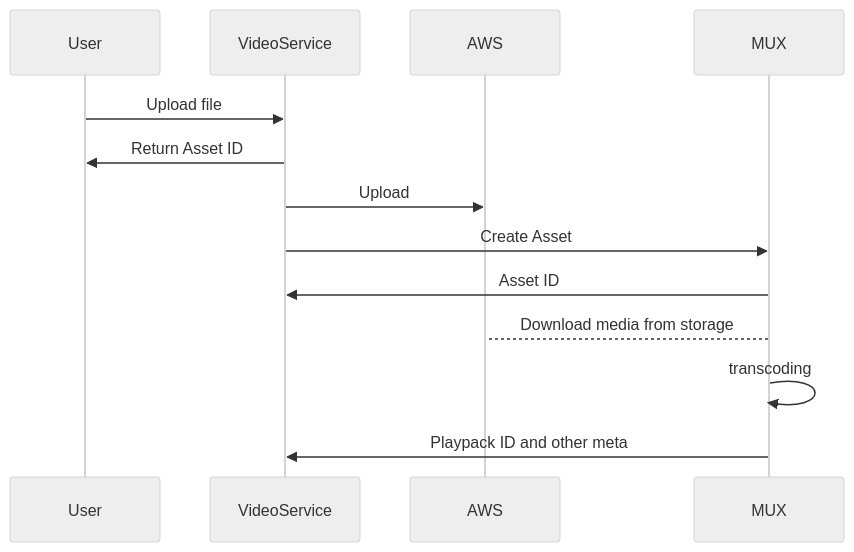
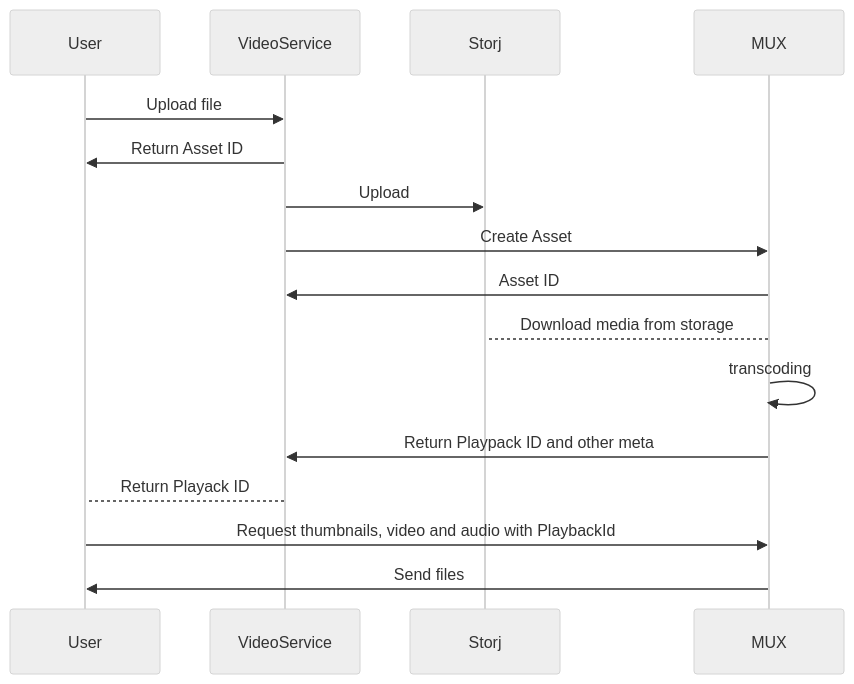
The diagram in diagram/upload-video.md (harmony-one/mux-uploader.backend), drawn with Mermaid (neutral theme) before and after one commit. The commit also changed other lines of this file, not shown here.

Commit message:
Update workflow diagram

````diff
--- a/diagram/upload-video.md
+++ b/diagram/upload-video.md
@@ -1,16 +1,19 @@
 ```mermaid
 sequenceDiagram
     participant User
     participant VideoService
-    participant AWS
+    participant Storj
     participant MUX
     User ->> VideoService: Upload file
     VideoService ->> User: Return Asset ID
-    VideoService ->> AWS: Upload
+    VideoService ->> Storj: Upload
     VideoService ->> MUX: Create Asset
     MUX ->> VideoService: Asset ID
     
-    MUX --> AWS: Download media from storage
+    MUX --> Storj: Download media from storage
     MUX ->> MUX: transcoding
-    MUX ->> VideoService: Playpack ID and other meta
+    MUX ->> VideoService: Return Playpack ID and other meta
+    VideoService --> User: Return Playack ID
+    User ->> MUX: Request thumbnails, video and audio with PlaybackId
+    MUX ->> User: Send files
 ```
````
